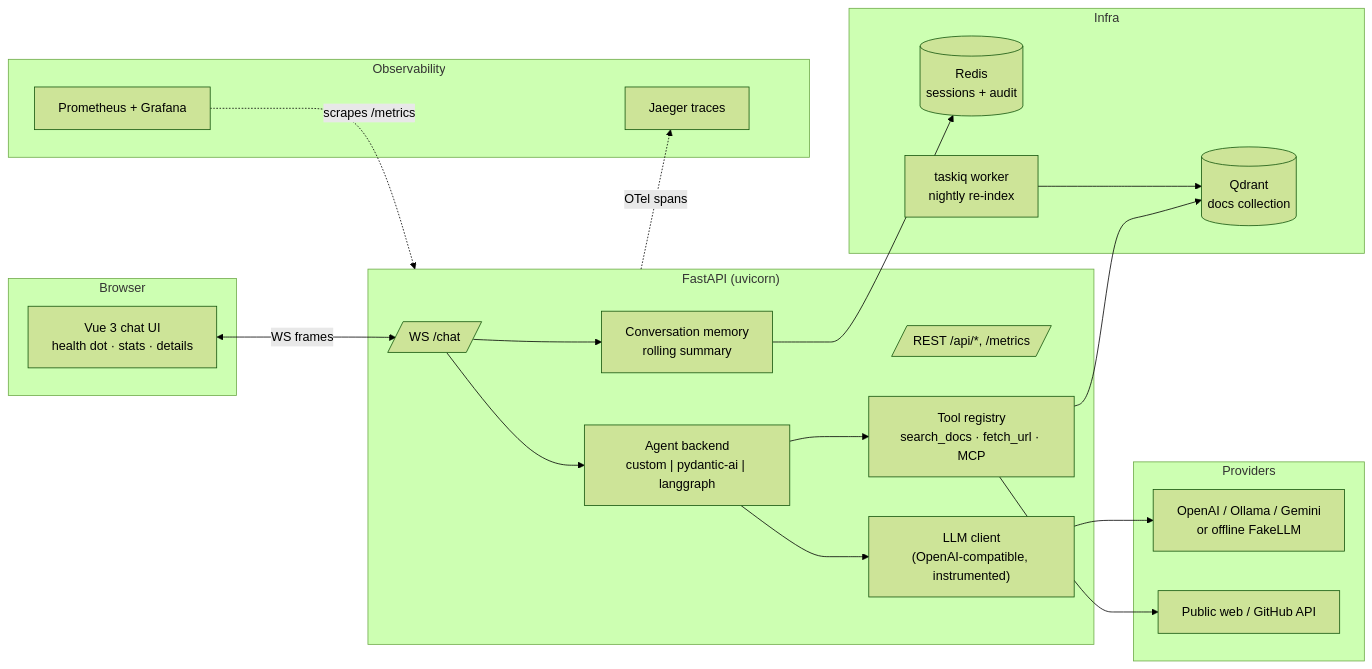
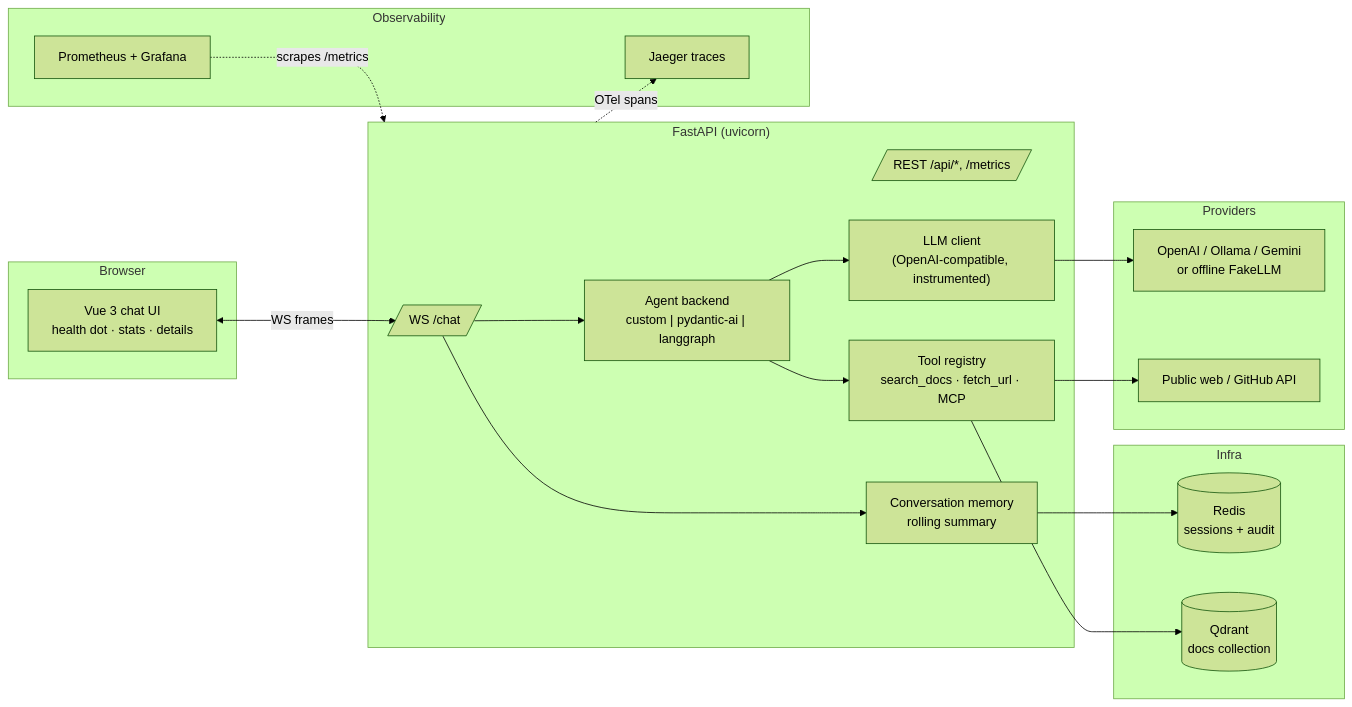
One commit to thechekh/ai-workspace-assistant changed the diagram in docs/handbook/01-project-overview.md. Above: the diagram before and after it, drawn with Mermaid (forest theme). The commit also changed other lines of this file and 65 other files, not shown here.

````diff
--- a/docs/handbook/01-project-overview.md
+++ b/docs/handbook/01-project-overview.md
@@ -29,36 +29,34 @@
 ```mermaid
 flowchart LR
     subgraph Browser
         UI[Vue 3 chat UI<br/>health dot · stats · details]
     end
     subgraph API["FastAPI (uvicorn)"]
         WS[/WS /chat/]
         HTTP[/REST /api/*, /metrics/]
         AGENT["Agent backend<br/>custom | pydantic-ai | langgraph"]
         LLMC["LLM client<br/>(OpenAI-compatible, instrumented)"]
         TOOLS["Tool registry<br/>search_docs · fetch_url · MCP"]
         MEM["Conversation memory<br/>rolling summary"]
     end
     subgraph Infra
         REDIS[(Redis<br/>sessions + audit)]
         QDRANT[(Qdrant<br/>docs collection)]
-        WORKER[taskiq worker<br/>nightly re-index]
     end
     subgraph Providers
         PROVIDER[OpenAI / Ollama / Gemini<br/>or offline FakeLLM]
         WEB[Public web / GitHub API]
     end
     subgraph Observability
         JAEGER[Jaeger traces]
         PROM[Prometheus + Grafana]
     end
     UI <-->|WS frames| WS
     WS --> AGENT --> LLMC --> PROVIDER
     AGENT --> TOOLS
     TOOLS --> QDRANT
     TOOLS --> WEB
     WS --> MEM --> REDIS
     API -. OTel spans .-> JAEGER
     PROM -. scrapes /metrics .-> API
-    WORKER --> QDRANT
 ```
````
